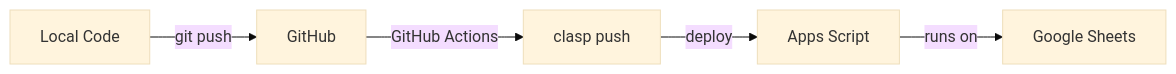
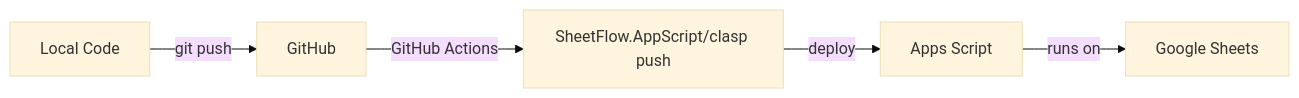
Before and after one commit to the-khiem7/SheetFlow: the third of 3 diagrams in README.md, drawn with Mermaid (base theme). The commit also changed other lines of this file, not shown here.

First line of the commit message:
feat(docs): update architecture diagram and project structure documentation

````diff
--- a/README.md
+++ b/README.md
@@ -59,7 +68,7 @@
 ```mermaid
 flowchart LR
     LC[Local Code] -->|git push| GH[GitHub]
-    GH -->|GitHub Actions| CL[clasp push]
+    GH -->|GitHub Actions| CL[SheetFlow.AppScript/clasp push]
     CL -->|deploy| AS[Apps Script]
     AS -->|runs on| GS[Google Sheets]
 ```
````
